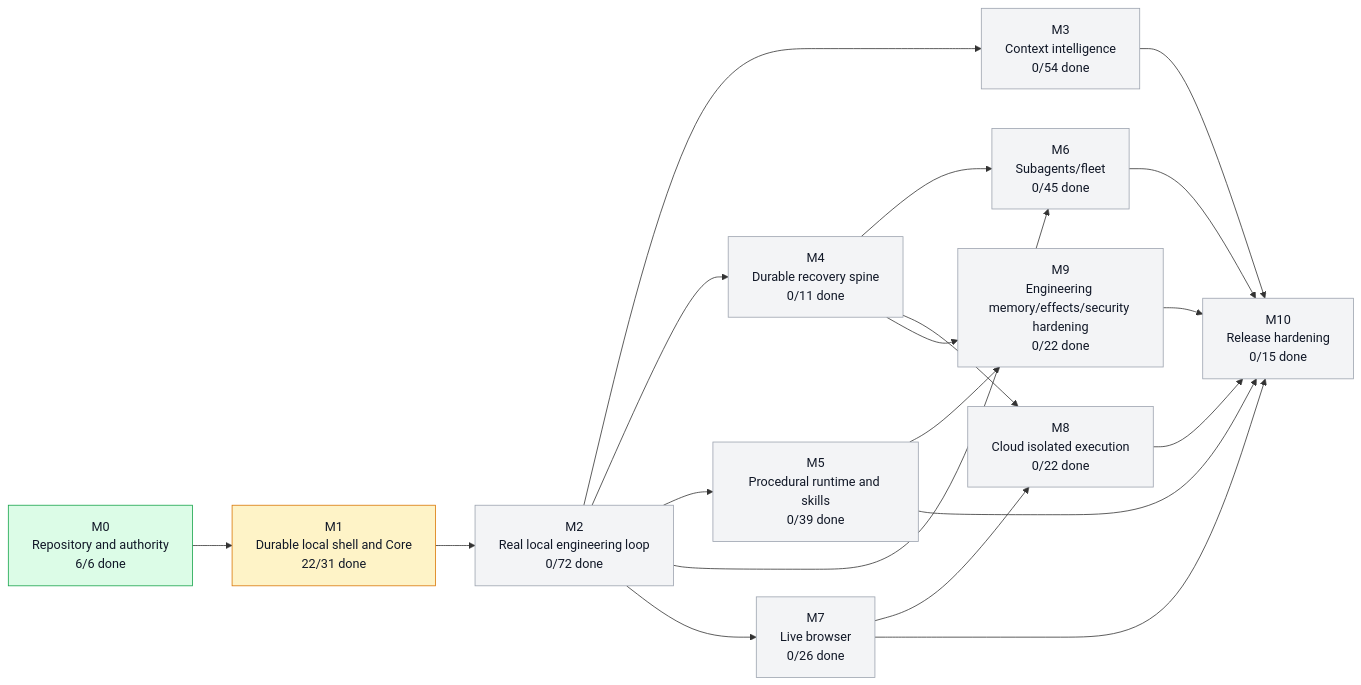
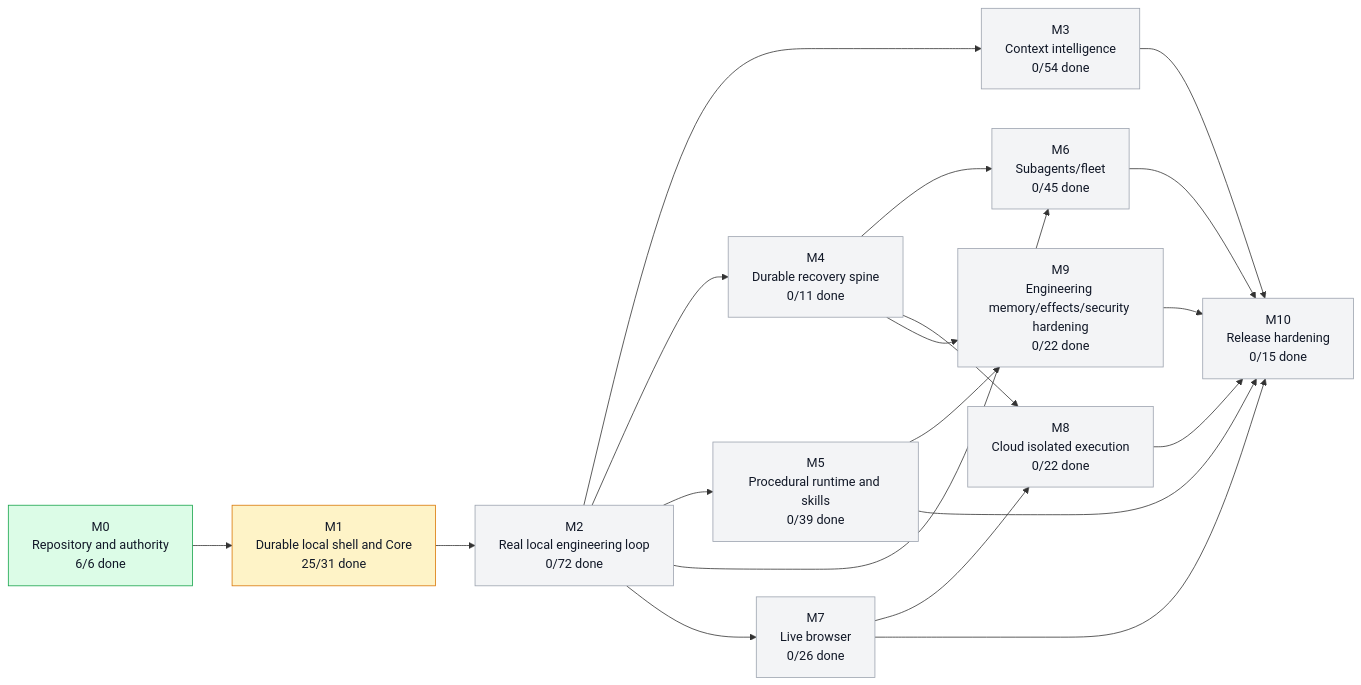
The first of 3 diagrams in graph/PROJECT_GRAPH.md (moss101/zmodbit), drawn with Mermaid before and after one commit. The commit also changed other lines of this file and 3 other files, not shown here.

````diff
--- a/graph/PROJECT_GRAPH.md
+++ b/graph/PROJECT_GRAPH.md
@@ -43,43 +43,43 @@
 ```mermaid
 flowchart LR
   M0["M0<br/>Repository and authority<br/>6/6 done"]
-  M1["M1<br/>Durable local shell and Core<br/>22/31 done"]
+  M1["M1<br/>Durable local shell and Core<br/>25/31 done"]
   M2["M2<br/>Real local engineering loop<br/>0/72 done"]
   M3["M3<br/>Context intelligence<br/>0/54 done"]
   M4["M4<br/>Durable recovery spine<br/>0/11 done"]
   M5["M5<br/>Procedural runtime and skills<br/>0/39 done"]
   M6["M6<br/>Subagents/fleet<br/>0/45 done"]
   M7["M7<br/>Live browser<br/>0/26 done"]
   M8["M8<br/>Cloud isolated execution<br/>0/22 done"]
   M9["M9<br/>Engineering memory/effects/security hardening<br/>0/22 done"]
   M10["M10<br/>Release hardening<br/>0/15 done"]
   M0 --> M1
   M1 --> M2
   M2 --> M3
   M2 --> M4
   M2 --> M5
   M2 --> M6
   M4 --> M6
   M2 --> M7
   M4 --> M8
   M7 --> M8
   M4 --> M9
   M5 --> M9
   M3 --> M10
   M5 --> M10
   M6 --> M10
   M7 --> M10
   M8 --> M10
   M9 --> M10
   style M0 fill:#dcfce7,stroke:#16a34a,color:#111827
   style M1 fill:#fef3c7,stroke:#d97706,color:#111827
   style M2 fill:#f3f4f6,stroke:#9ca3af,color:#111827
   style M3 fill:#f3f4f6,stroke:#9ca3af,color:#111827
   style M4 fill:#f3f4f6,stroke:#9ca3af,color:#111827
   style M5 fill:#f3f4f6,stroke:#9ca3af,color:#111827
   style M6 fill:#f3f4f6,stroke:#9ca3af,color:#111827
   style M7 fill:#f3f4f6,stroke:#9ca3af,color:#111827
   style M8 fill:#f3f4f6,stroke:#9ca3af,color:#111827
   style M9 fill:#f3f4f6,stroke:#9ca3af,color:#111827
   style M10 fill:#f3f4f6,stroke:#9ca3af,color:#111827
 ```
````
